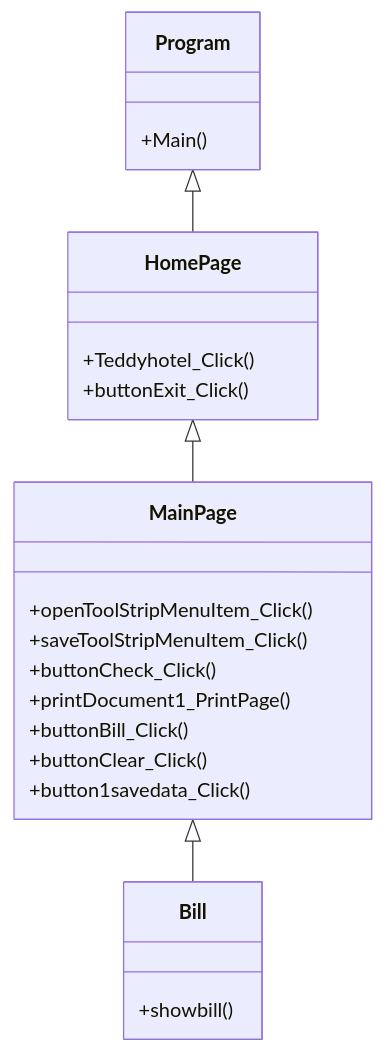
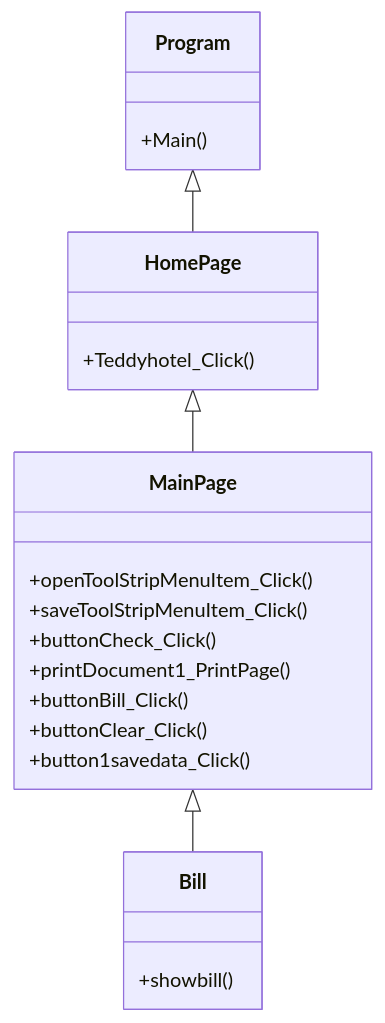
The diagram in README.md (natboon/FinalProject643450647_2), drawn with Mermaid before and after one commit.

````diff
--- a/README.md
+++ b/README.md
@@ -20,24 +20,23 @@
 ```mermaid
 classDiagram
     Program <|-- HomePage
     HomePage <|-- MainPage
     MainPage <|-- Bill
     Program : +Main()
     class HomePage{
         +Teddyhotel_Click()
-        +buttonExit_Click()
     }
     class MainPage{
         +openToolStripMenuItem_Click()
         +saveToolStripMenuItem_Click()
         +buttonCheck_Click()
         +printDocument1_PrintPage()
         +buttonBill_Click()
         +buttonClear_Click()
         +button1savedata_Click()
     }
     class Bill{
         +showbill()
     }
   
 ```
````
